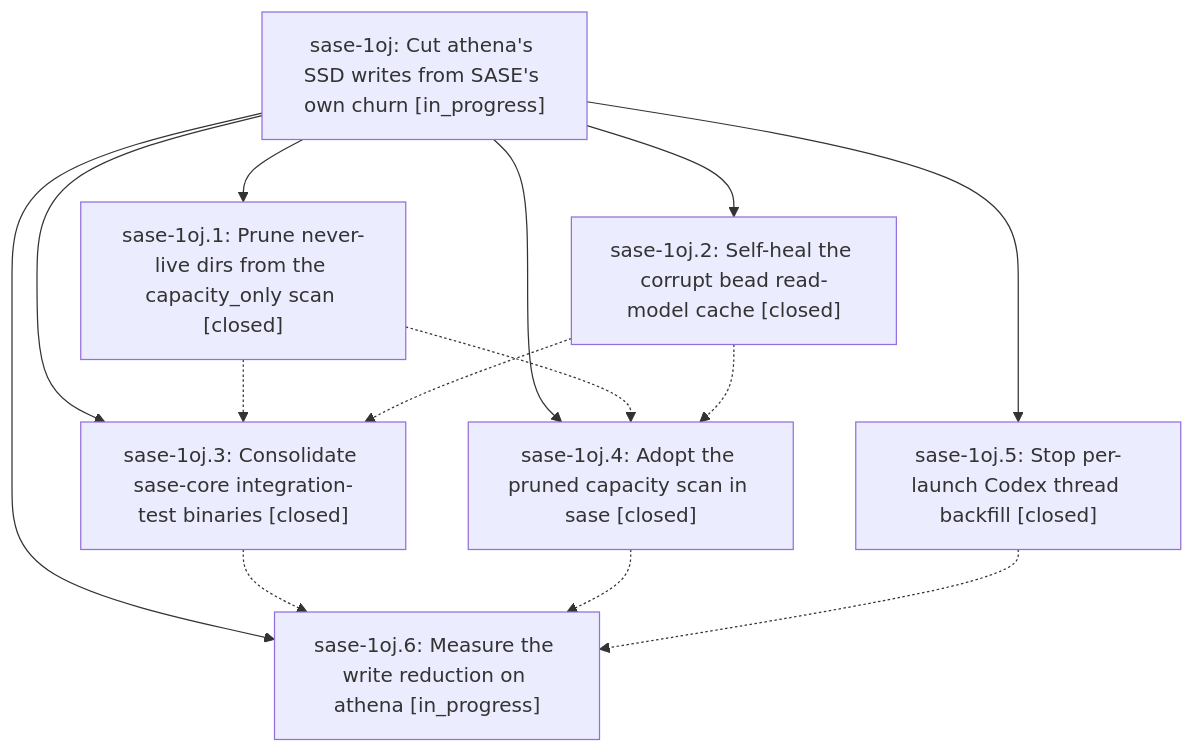
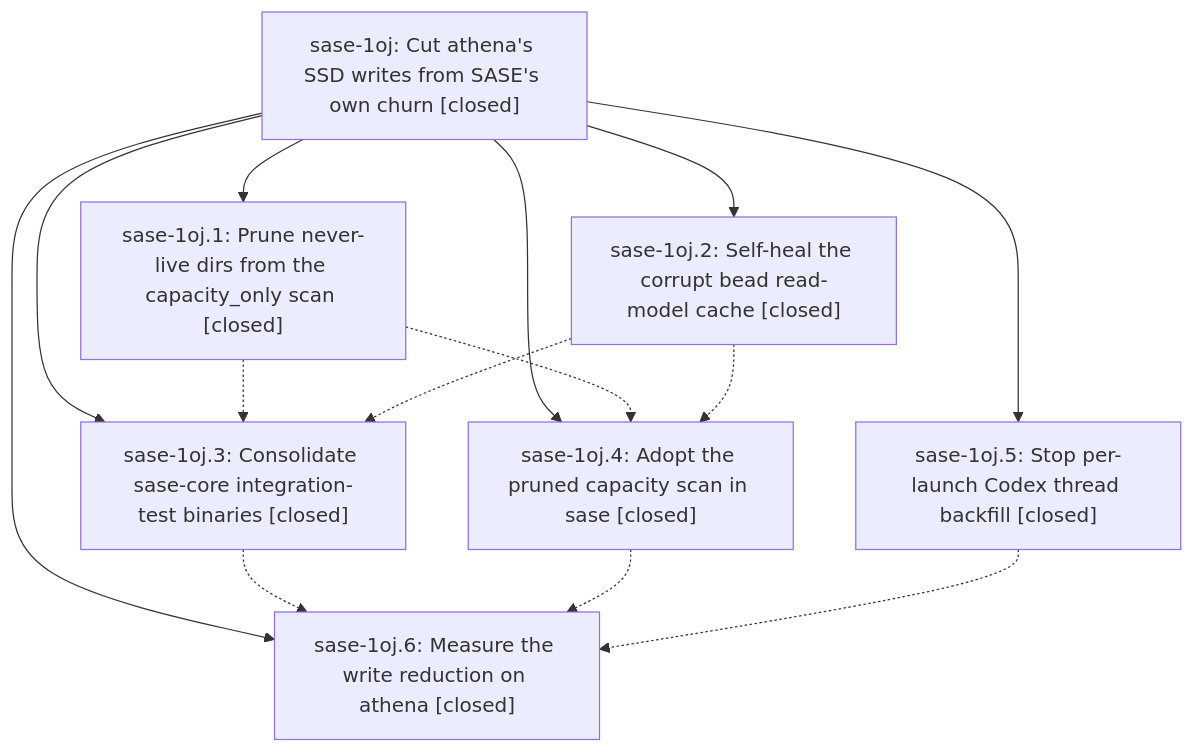
One commit to sase-org/sase--beads changed the diagram in pages/sase-1oj/README.md. Above: the diagram before and after it, drawn with Mermaid. The commit also changed other lines of this file and 4 other files, not shown here.

````diff
--- a/pages/sase-1oj/README.md
+++ b/pages/sase-1oj/README.md
@@ -51,23 +89,23 @@
 ```mermaid
 flowchart TD
-    n0["sase-1oj: Cut athena's SSD writes from SASE's own churn [in_progress]"]
+    n0["sase-1oj: Cut athena's SSD writes from SASE's own churn [closed]"]
     n1["sase-1oj.1: Prune never-live dirs from the capacity_only scan [closed]"]
     n2["sase-1oj.2: Self-heal the corrupt bead read-model cache [closed]"]
     n3["sase-1oj.3: Consolidate sase-core integration-test binaries [closed]"]
     n4["sase-1oj.4: Adopt the pruned capacity scan in sase [closed]"]
     n5["sase-1oj.5: Stop per-launch Codex thread backfill [closed]"]
-    n6["sase-1oj.6: Measure the write reduction on athena [in_progress]"]
+    n6["sase-1oj.6: Measure the write reduction on athena [closed]"]
     n0 --> n1
     n0 --> n2
     n0 --> n3
     n0 --> n4
     n0 --> n5
     n0 --> n6
     n1 -.-> n3
     n1 -.-> n4
     n2 -.-> n3
     n2 -.-> n4
     n3 -.-> n6
     n4 -.-> n6
     n5 -.-> n6
 ```
````
